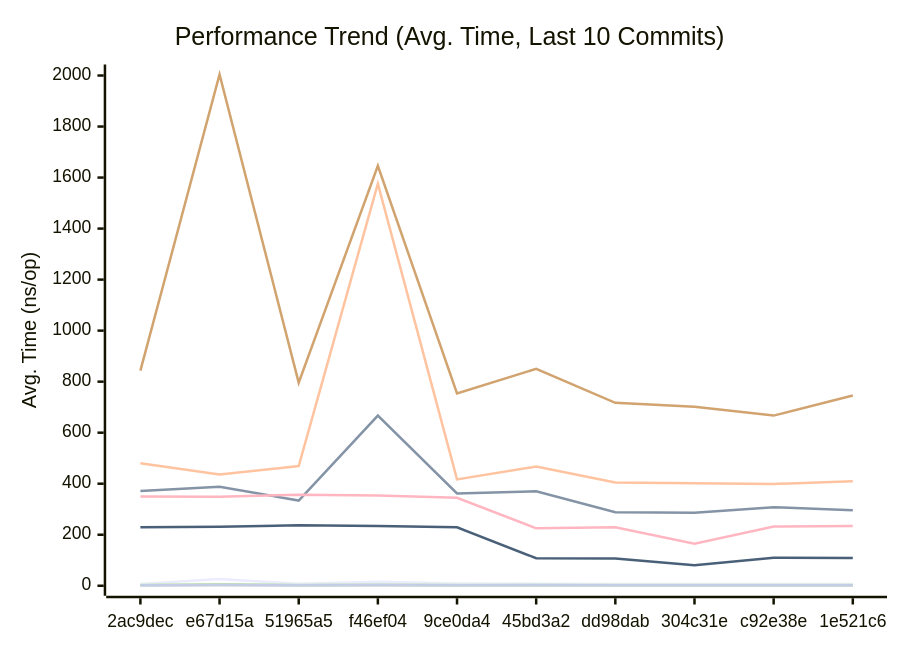
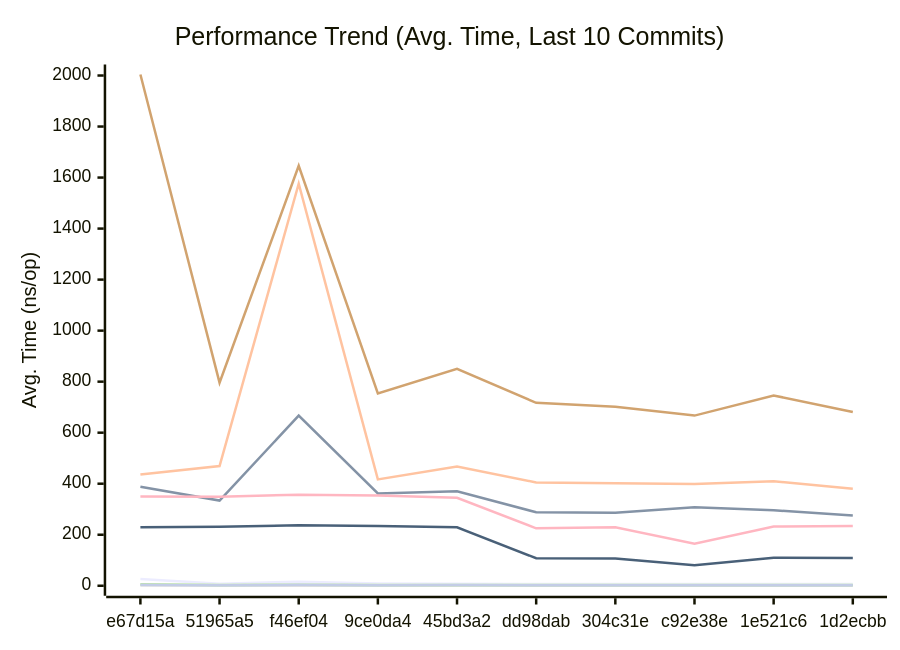
The first of 3 diagrams in docs/PERFORMANCE.md (alsotoes/momo), drawn with Mermaid before and after one commit. The commit also changed other lines of this file and 5 other files, not shown here.

````diff
--- a/docs/PERFORMANCE.md
+++ b/docs/PERFORMANCE.md
@@ -80,16 +80,16 @@
 ```mermaid
 xychart-beta
     title "Performance Trend (Avg. Time, Last 10 Commits)"
     x-axis "Commit"
     y-axis "Avg. Time (ns/op)"
-    x-axis [2ac9dec,e67d15a,51965a5,f46ef04,9ce0da4,45bd3a2,dd98dab,304c31e,c92e38e,1e521c6]
-    line "CheckMetricsAndSwap" [7,26,8,16,9,8,7,7,7,7]
-    line "CrushOptimized" [371,388,334,667,362,370,288,286,308,296]
-    line "CrushOriginal" [480,436,469,1576,417,467,405,402,399,410]
-    line "IndexDirectTracking" [0,1,0,0,0,0,0,0,0,0]
-    line "IndexSearch" [3,6,3,4,3,3,3,3,3,3]
-    line "LoadGlobalConfig" [843,2004,796,1646,754,850,717,702,667,746]
-    line "PadString" [2,4,2,4,2,3,2,2,2,2]
+    x-axis [e67d15a,51965a5,f46ef04,9ce0da4,45bd3a2,dd98dab,304c31e,c92e38e,1e521c6,1d2ecbb]
+    line "CheckMetricsAndSwap" [26,8,16,9,8,7,7,7,7,7]
+    line "CrushOptimized" [388,334,667,362,370,288,286,308,296,275]
+    line "CrushOriginal" [436,469,1576,417,467,405,402,399,410,380]
+    line "IndexDirectTracking" [1,0,0,0,0,0,0,0,0,0]
+    line "IndexSearch" [6,3,4,3,3,3,3,3,3,3]
+    line "LoadGlobalConfig" [2004,796,1646,754,850,717,702,667,746,681]
+    line "PadString" [4,2,4,2,3,2,2,2,2,2]
     line "ParseReplicationOrder_NoPrealloc" [350,349,357,354,345,225,229,165,232,234]
     line "ParseReplicationOrder_Prealloc" [229,231,237,234,229,108,107,80,110,109]
 ```
````
